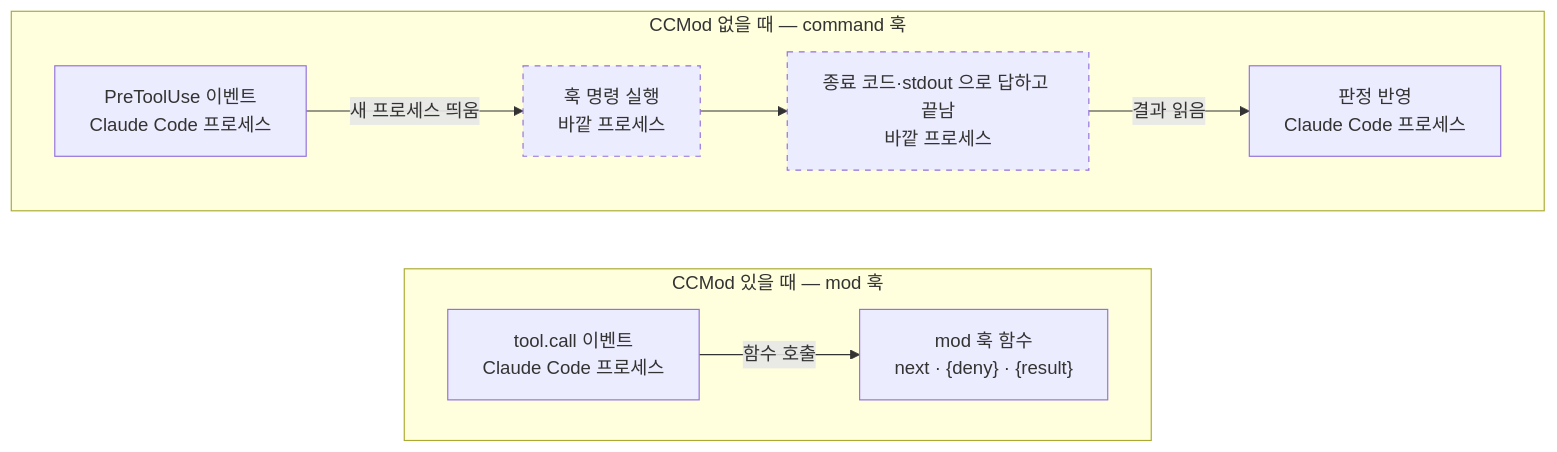
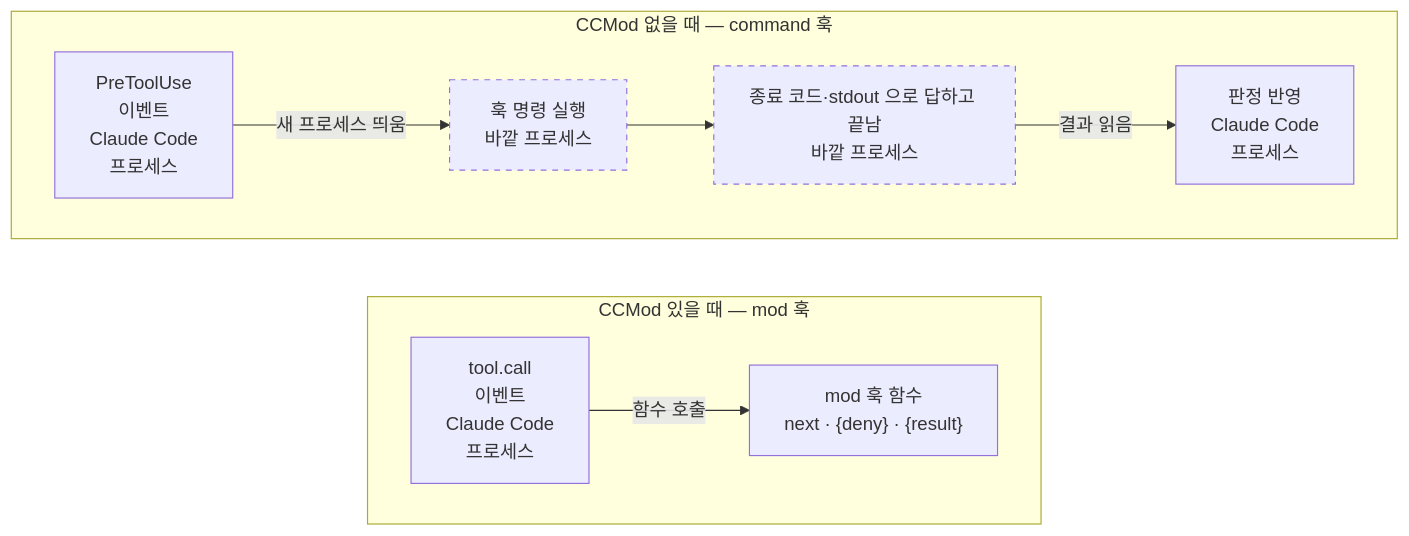
The first of 3 diagrams in docs/developers.md (treylom/mod-for-slack), drawn with Mermaid before and after one commit. The commit also changed other lines of this file and 5 other files, not shown here.

````diff
--- a/docs/developers.md
+++ b/docs/developers.md
@@ -24,14 +24,14 @@
 ```mermaid
 flowchart TB
   subgraph NO["CCMod 없을 때 — command 훅"]
     direction LR
-    A1["PreToolUse 이벤트<br/>Claude Code 프로세스"] -- "새 프로세스 띄움" --> P1["훅 명령 실행<br/>바깥 프로세스"] --> W1["종료 코드·stdout 으로 답하고 끝남<br/>바깥 프로세스"] -- "결과 읽음" --> R1["판정 반영<br/>Claude Code 프로세스"]
+    A1["PreToolUse<br/>이벤트<br/>Claude Code<br/>프로세스"] -- "새 프로세스 띄움" --> P1["훅 명령 실행<br/>바깥 프로세스"] --> W1["종료 코드·stdout 으로 답하고 끝남<br/>바깥 프로세스"] -- "결과 읽음" --> R1["판정 반영<br/>Claude Code<br/>프로세스"]
   end
   subgraph YES["CCMod 있을 때 — mod 훅"]
     direction LR
-    A2["tool.call 이벤트<br/>Claude Code 프로세스"] -- "함수 호출" --> C2["mod 훅 함수<br/>next · {deny} · {result}"]
+    A2["tool.call<br/>이벤트<br/>Claude Code<br/>프로세스"] -- "함수 호출" --> C2["mod 훅 함수<br/>next · {deny} · {result}"]
   end
   NO ~~~ YES
   classDef out stroke-dasharray:5 5
   class P1,W1 out
 ```
````
